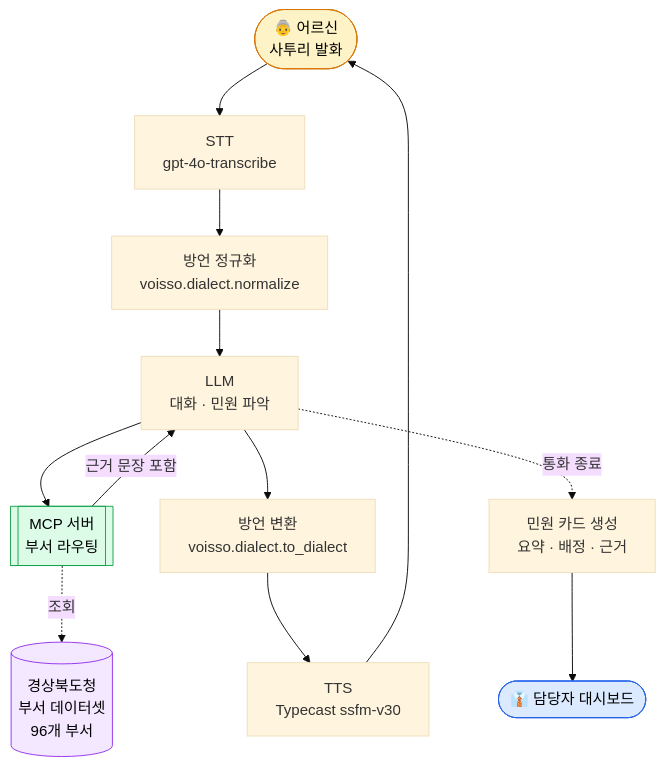
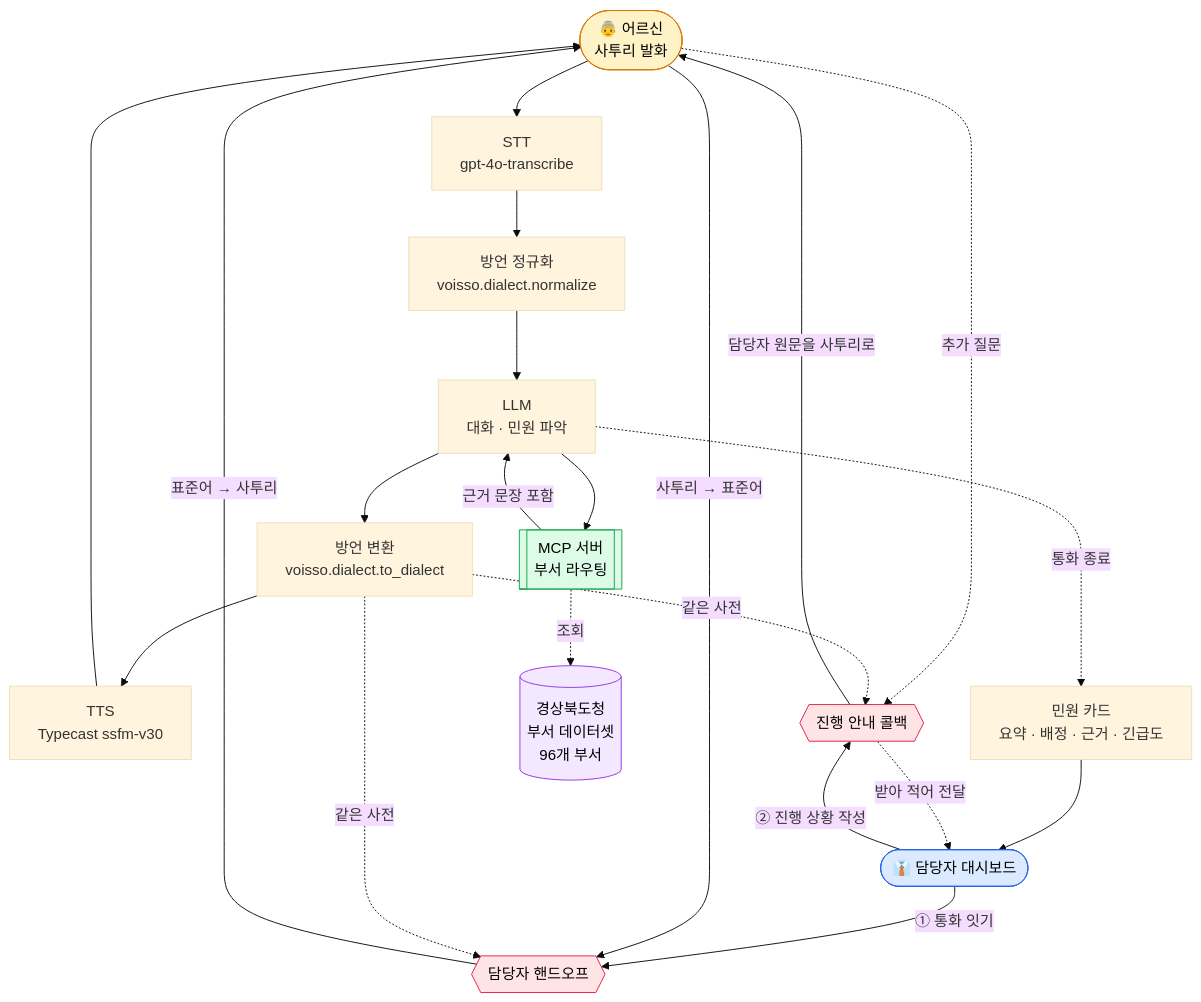
Before and after one commit to jangks23/Voisso: the diagram in README.md, drawn with Mermaid (base theme). The commit also changed other lines of this file and 96 other files, not shown here.

````diff
--- a/README.md
+++ b/README.md
@@ -594,21 +707,34 @@
 ```mermaid
 flowchart TD
     A([👵 어르신<br/>사투리 발화]) --> B[STT<br/>gpt-4o-transcribe]
     B --> C[방언 정규화<br/>voisso.dialect.normalize]
     C --> D[LLM<br/>대화 · 민원 파악]
     D --> E[[MCP 서버<br/>부서 라우팅]]
     E -->|근거 문장 포함| D
     D --> F[방언 변환<br/>voisso.dialect.to_dialect]
     F --> G[TTS<br/>Typecast ssfm-v30]
     G --> A
 
-    D -.통화 종료.-> H[민원 카드 생성<br/>요약 · 배정 · 근거]
+    D -.통화 종료.-> H[민원 카드<br/>요약 · 배정 · 근거 · 긴급도]
     H --> I([👔 담당자 대시보드])
 
+    I -->|① 통화 잇기| K{{담당자 핸드오프}}
+    K -->|표준어 → 사투리| A
+    A -->|사투리 → 표준어| K
+
+    I -->|② 진행 상황 작성| L{{진행 안내 콜백}}
+    L -->|담당자 원문을 사투리로| A
+    A -.추가 질문.-> L
+    L -.받아 적어 전달.-> I
+
     E -.조회.-> J[(경상북도청<br/>부서 데이터셋<br/>96개 부서)]
+    F -.같은 사전.-> K
+    F -.같은 사전.-> L
 
     style A fill:#fef3c7,stroke:#d97706,color:#000
     style I fill:#dbeafe,stroke:#2563eb,color:#000
     style E fill:#dcfce7,stroke:#16a34a,color:#000
     style J fill:#f3e8ff,stroke:#9333ea,color:#000
+    style K fill:#ffe4e6,stroke:#e11d48,color:#000
+    style L fill:#ffe4e6,stroke:#e11d48,color:#000
 ```
````
